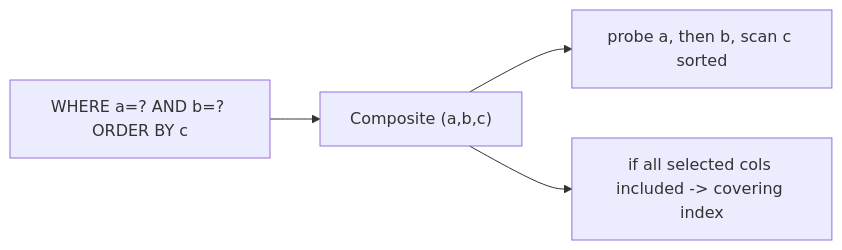
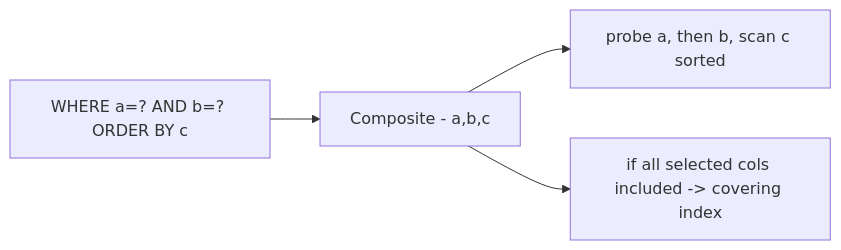
The second of 2 diagrams in docs/03-data-storage/01-normalization-indexing.md (RIT-MESH/system-design-mastery), drawn with Mermaid before and after one commit. The commit also changed other lines of this file and 139 other files, not shown here.

First line of the commit message:
Fix Mermaid parse errors: replace parentheses in node labels across 140 files

````diff
--- a/docs/03-data-storage/01-normalization-indexing.md
+++ b/docs/03-data-storage/01-normalization-indexing.md
@@ -49,7 +49,7 @@
 ```mermaid
 %% created-for: system-design-mastery
 flowchart LR
-  Q["WHERE a=? AND b=? ORDER BY c"] --> Idx["Composite (a,b,c)"]
+  Q["WHERE a=? AND b=? ORDER BY c"] --> Idx["Composite - a,b,c"]
   Idx --> Probe["probe a, then b, scan c sorted"]
   Idx --> Cover["if all selected cols included -> covering index"]
 ```
````
